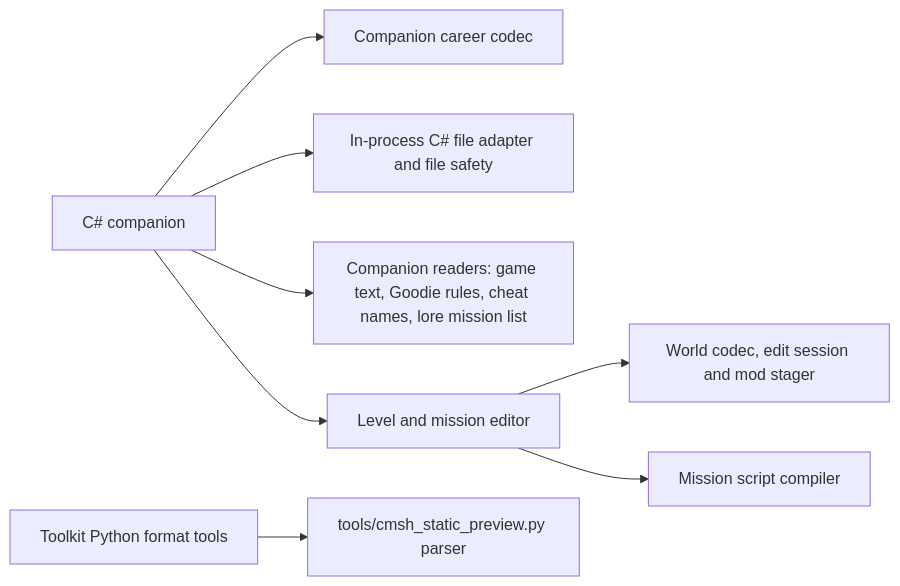
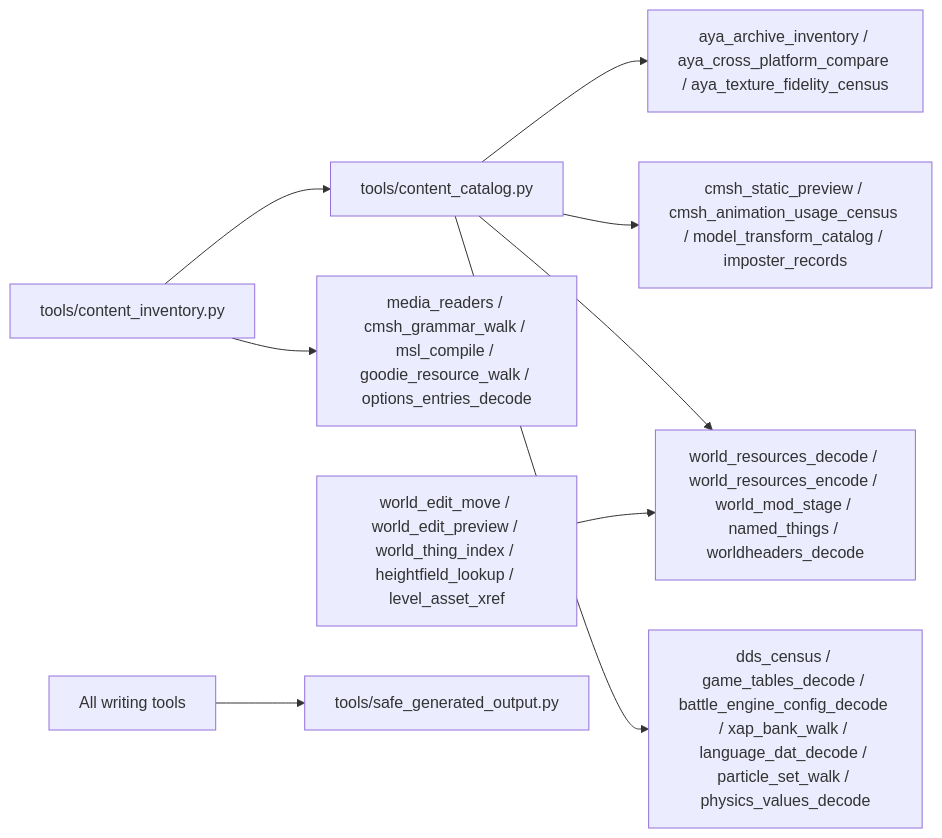
Before and after one commit to dlprentice/Onslaught-Career-Editor: the diagram in PROJECT-INDEX.md, drawn with Mermaid. The commit also changed other lines of this file and 1753 other files, not shown here.

````diff
--- a/PROJECT-INDEX.md
+++ b/PROJECT-INDEX.md
@@ -21,10 +18,11 @@
 ```mermaid
 flowchart LR
-    T["C# companion"] --> D["Companion career codec"]
-    T --> B["In-process C# file adapter and file safety"]
-    T --> L["Companion readers: game text, Goodie rules, cheat names, lore mission list"]
-    T --> E["Level and mission editor"]
-    E --> W["World codec, edit session and mod stager"]
-    E --> M["Mission script compiler"]
-    PY["Toolkit Python format tools"] --> RP["tools/cmsh_static_preview.py parser"]
+    INV["tools/content_inventory.py"] --> CAT["tools/content_catalog.py"]
+    INV --> MR["media_readers / cmsh_grammar_walk / msl_compile / goodie_resource_walk / options_entries_decode"]
+    CAT --> AYA["aya_archive_inventory / aya_cross_platform_compare / aya_texture_fidelity_census"]
+    CAT --> CMSH["cmsh_static_preview / cmsh_animation_usage_census / model_transform_catalog / imposter_records"]
+    CAT --> WRD["world_resources_decode / world_resources_encode / world_mod_stage / named_things / worldheaders_decode"]
+    CAT --> DATA["dds_census / game_tables_decode / battle_engine_config_decode / xap_bank_walk / language_dat_decode / particle_set_walk / physics_values_decode"]
+    EDIT["world_edit_move / world_edit_preview / world_thing_index / heightfield_lookup / level_asset_xref"] --> WRD
+    WRITERS["All writing tools"] --> SAFE["tools/safe_generated_output.py"]
 ```
````
